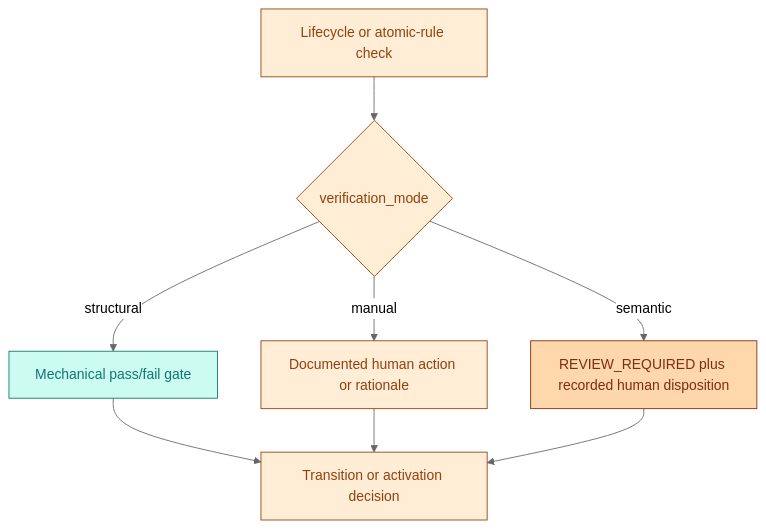
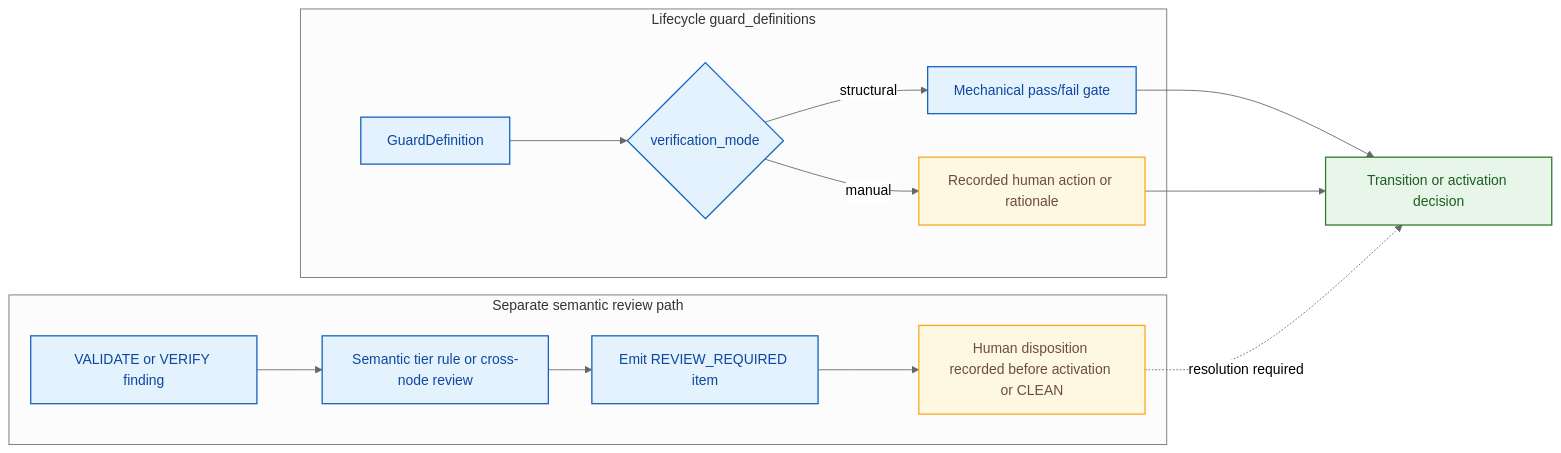
Before and after one commit to formosa/Antigravity: diagram 13 of 28 in .agent/assets/proposals/active/v6.3/ddr_ref_manual_v6.3.md, drawn with Mermaid (neutral theme). The commit also changed other lines of this file, not shown here.

Commit message:
docs: add DDR System v6.3 reference manual with authority and operational guidelines

````diff
--- a/.agent/assets/proposals/active/v6.3/ddr_ref_manual_v6.3.md
+++ b/.agent/assets/proposals/active/v6.3/ddr_ref_manual_v6.3.md
@@ -1131,19 +1131,26 @@
 ```mermaid
-flowchart TD
-    CHECK["Lifecycle or atomic-rule check"] --> KIND{"verification_mode"}
-    KIND -->|structural| AUTO["Mechanical pass/fail gate"]
-    KIND -->|manual| HUMAN["Documented human action or rationale"]
-    KIND -->|semantic| REVIEW["REVIEW_REQUIRED plus recorded human disposition"]
+flowchart LR
+    accTitle: Verification-mode handling across guards and rule review
+    accDescr: Separates lifecycle guard verification modes from the independent semantic REVIEW_REQUIRED path emitted by VALIDATE or VERIFY.
+    subgraph GUARDS["Lifecycle guard_definitions"]
+        CHECK["GuardDefinition"] --> KIND{"verification_mode"}
+        KIND -->|structural| AUTO["Mechanical pass/fail gate"]
+        KIND -->|manual| HUMAN["Recorded human action or rationale"]
+    end
+    subgraph REVIEW["Separate semantic review path"]
+        VALID["VALIDATE or VERIFY finding"] --> SEM["Semantic tier rule or cross-node review"]
+        SEM --> RR["Emit REVIEW_REQUIRED item"]
+        RR --> DISP["Human disposition recorded before activation or CLEAN"]
+    end
+
     AUTO --> OUT["Transition or activation decision"]
     HUMAN --> OUT
-    REVIEW --> OUT
+    DISP -. resolution required .-> OUT
 
-    classDef structural fill:#ccfbf1,stroke:#0f766e,color:#0f766e;
-    classDef manual fill:#ffedd5,stroke:#92400e,color:#92400e;
-    classDef semantic fill:#fed7aa,stroke:#7c2d12,color:#7c2d12;
-    classDef explanatory fill:#ffedd5,stroke:#92400e,color:#92400e;
-    class CHECK,KIND,OUT explanatory;
-    class AUTO structural;
-    class HUMAN manual;
-    class REVIEW semantic;
+    classDef normative fill:#e8f5e9,stroke:#2e7d32,color:#1b5e20,stroke-width:1.5px;
+    classDef schema fill:#e3f2fd,stroke:#1565c0,color:#0d47a1,stroke-width:1.5px;
+    classDef caution fill:#fff8e1,stroke:#f9a825,color:#6d4c41,stroke-width:1.5px;
+    class CHECK,KIND,AUTO,VALID,SEM,RR schema;
+    class HUMAN,DISP caution;
+    class OUT normative;
 ```
````
